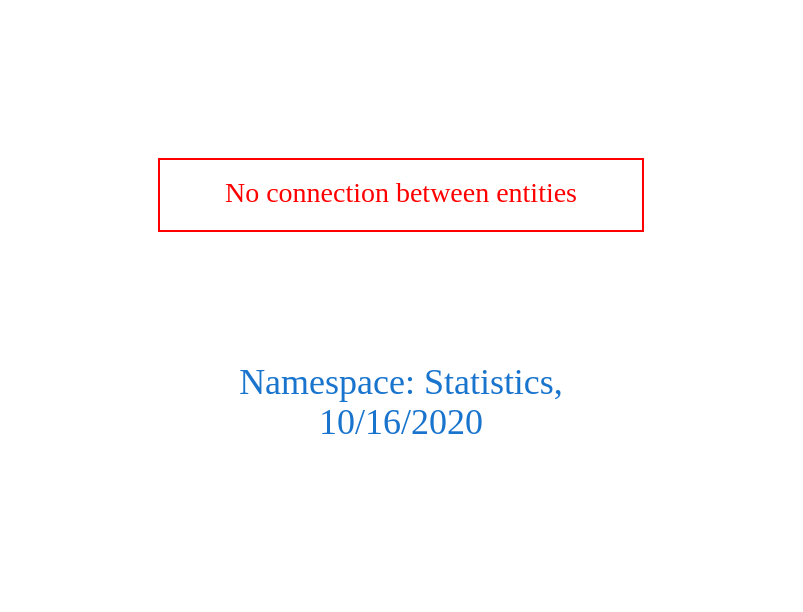
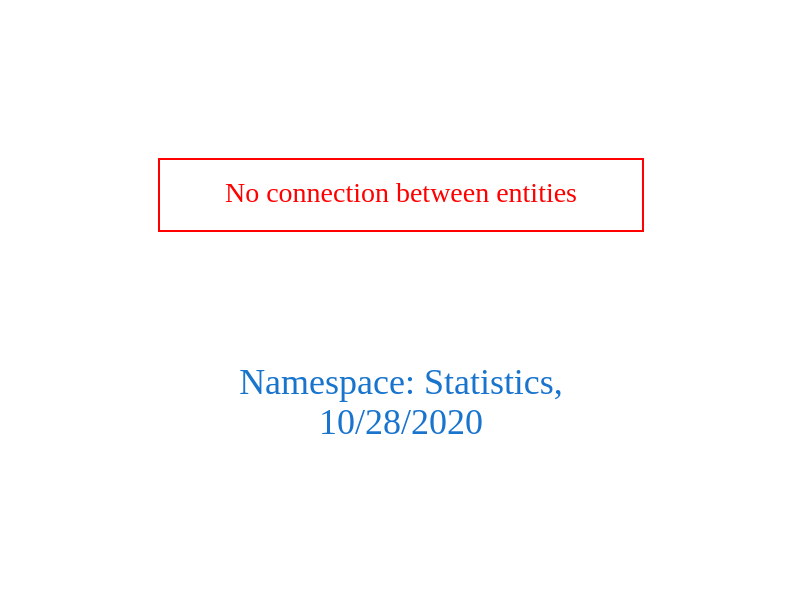
One commit to arago/OGIT changed the diagram in downloads/Statistics.dot. Above: the diagram before and after it, drawn with Graphviz. The commit also changed 1830 other files, not shown here.

```diff
--- a/downloads/Statistics.dot
+++ b/downloads/Statistics.dot
@@ -1,9 +1,9 @@
 digraph OGIT_ontology {
  graph [ rankdir= LR,pad=1 
 fontsize = 18,
-fontcolor= dodgerblue3,label = "\n\n\nNamespace: Statistics, \n 10/16/2020"];
+fontcolor= dodgerblue3,label = "\n\n\nNamespace: Statistics, \n 10/28/2020"];
 node[shape=polygon];
 edge [  color="gray81"];
 
 "No connection between entities" [fontcolor = "red",color="red", shape="polygon"]
 }
```
